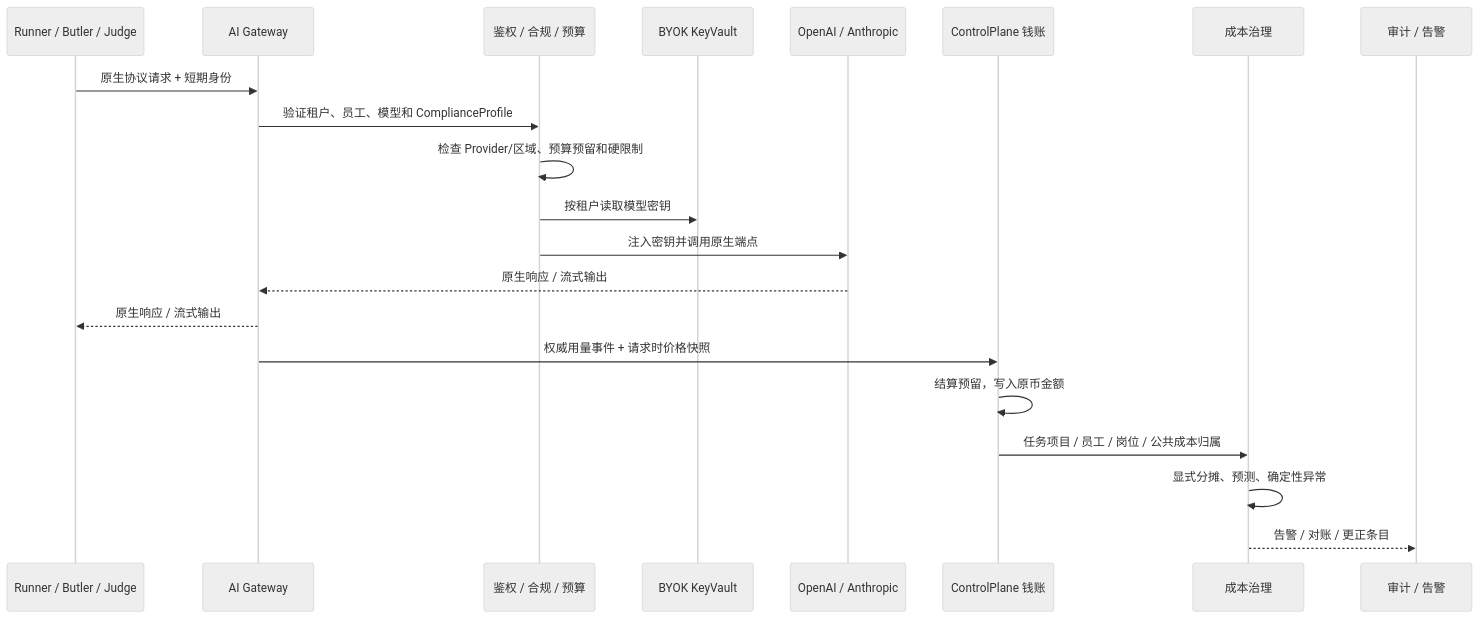
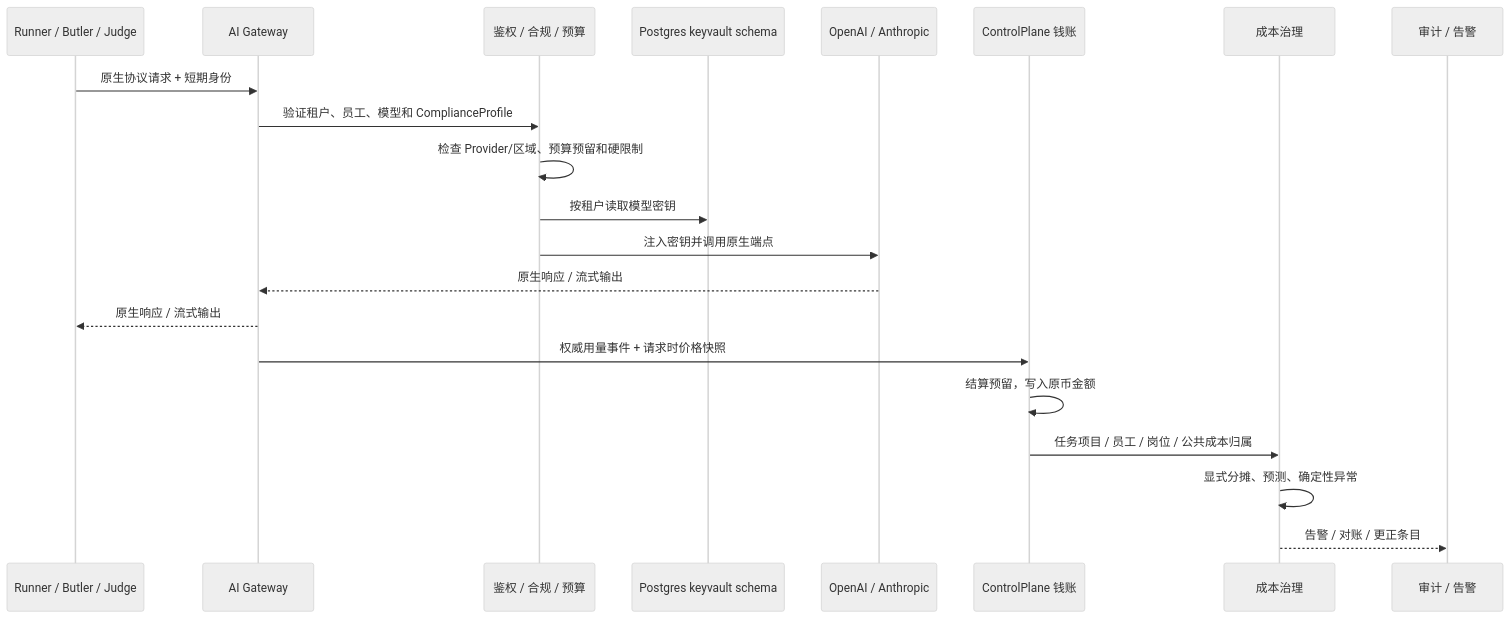
One commit to wosledon/regent-agent changed the fourth of 10 diagrams in docs/Regent-Agent-架构流程图.md. Above: the diagram before and after it, drawn with Mermaid (neutral theme). The commit also changed other lines of this file and 15 other files, not shown here.

Commit message:
docs: add frontend/backend guides and Postgres keyvault

````diff
--- a/docs/Regent-Agent-架构流程图.md
+++ b/docs/Regent-Agent-架构流程图.md
@@ -292,24 +294,24 @@
 ```mermaid
 sequenceDiagram
     participant Caller as Runner / Butler / Judge
     participant GW as AI Gateway
     participant Policy as 鉴权 / 合规 / 预算
-    participant KV as BYOK KeyVault
+    participant KV as Postgres keyvault schema
     participant Provider as OpenAI / Anthropic
     participant Ledger as ControlPlane 钱账
     participant Cost as 成本治理
     participant Audit as 审计 / 告警
 
     Caller->>GW: 原生协议请求 + 短期身份
     GW->>Policy: 验证租户、员工、模型和 ComplianceProfile
     Policy->>Policy: 检查 Provider/区域、预算预留和硬限制
     Policy->>KV: 按租户读取模型密钥
     Policy->>Provider: 注入密钥并调用原生端点
     Provider-->>GW: 原生响应 / 流式输出
     GW-->>Caller: 原生响应 / 流式输出
     GW->>Ledger: 权威用量事件 + 请求时价格快照
     Ledger->>Ledger: 结算预留，写入原币金额
     Ledger->>Cost: 任务项目 / 员工 / 岗位 / 公共成本归属
     Cost->>Cost: 显式分摊、预测、确定性异常
     Cost-->>Audit: 告警 / 对账 / 更正条目
 ```
````
